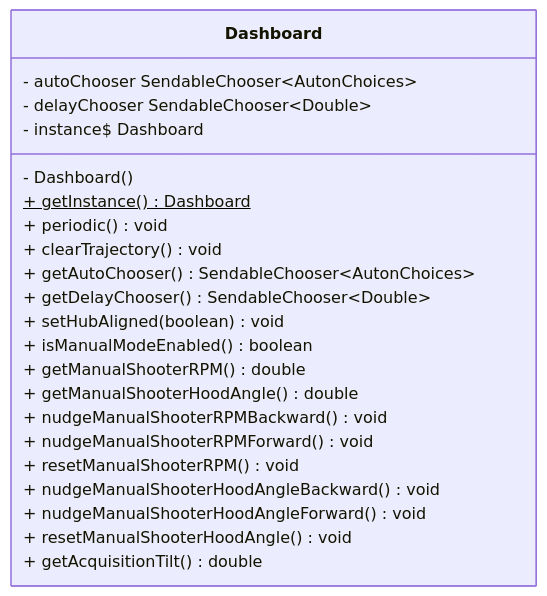
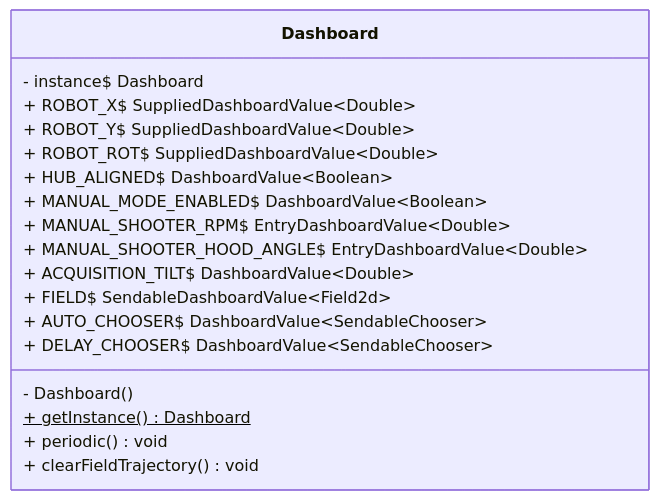
Before and after one commit to LakotaRobotics1038/2026RobotProject: the diagram in src/uml/frc/robot/subsystems/Dashboard.mmd, drawn with Mermaid. The commit also changed 14 other files, not shown here.

Commit message:
Update uml

```diff
--- a/src/uml/frc/robot/subsystems/Dashboard.mmd
+++ b/src/uml/frc/robot/subsystems/Dashboard.mmd
@@ -1,25 +1,21 @@
 classDiagram
   direction LR
 
   class Dashboard {
-    - autoChooser SendableChooser~AutonChoices~
-    - delayChooser SendableChooser~Double~
     - instance$ Dashboard
+    + ROBOT_X$ SuppliedDashboardValue~Double~
+    + ROBOT_Y$ SuppliedDashboardValue~Double~
+    + ROBOT_ROT$ SuppliedDashboardValue~Double~
+    + HUB_ALIGNED$ DashboardValue~Boolean~
+    + MANUAL_MODE_ENABLED$ DashboardValue~Boolean~
+    + MANUAL_SHOOTER_RPM$ EntryDashboardValue~Double~
+    + MANUAL_SHOOTER_HOOD_ANGLE$ EntryDashboardValue~Double~
+    + ACQUISITION_TILT$ DashboardValue~Double~
+    + FIELD$ SendableDashboardValue~Field2d~
+    + AUTO_CHOOSER$ DashboardValue~SendableChooser~
+    + DELAY_CHOOSER$ DashboardValue~SendableChooser~
     - Dashboard()
     + getInstance()$ Dashboard
     + periodic() void
-    + clearTrajectory() void
-    + getAutoChooser() SendableChooser~AutonChoices~
-    + getDelayChooser() SendableChooser~Double~
-    + setHubAligned(boolean) void
-    + isManualModeEnabled() boolean
-    + getManualShooterRPM() double
-    + getManualShooterHoodAngle() double
-    + nudgeManualShooterRPMBackward() void
-    + nudgeManualShooterRPMForward() void
-    + resetManualShooterRPM() void
-    + nudgeManualShooterHoodAngleBackward() void
-    + nudgeManualShooterHoodAngleForward() void
-    + resetManualShooterHoodAngle() void
-    + getAcquisitionTilt() double
+    + clearFieldTrajectory() void
   }
```
